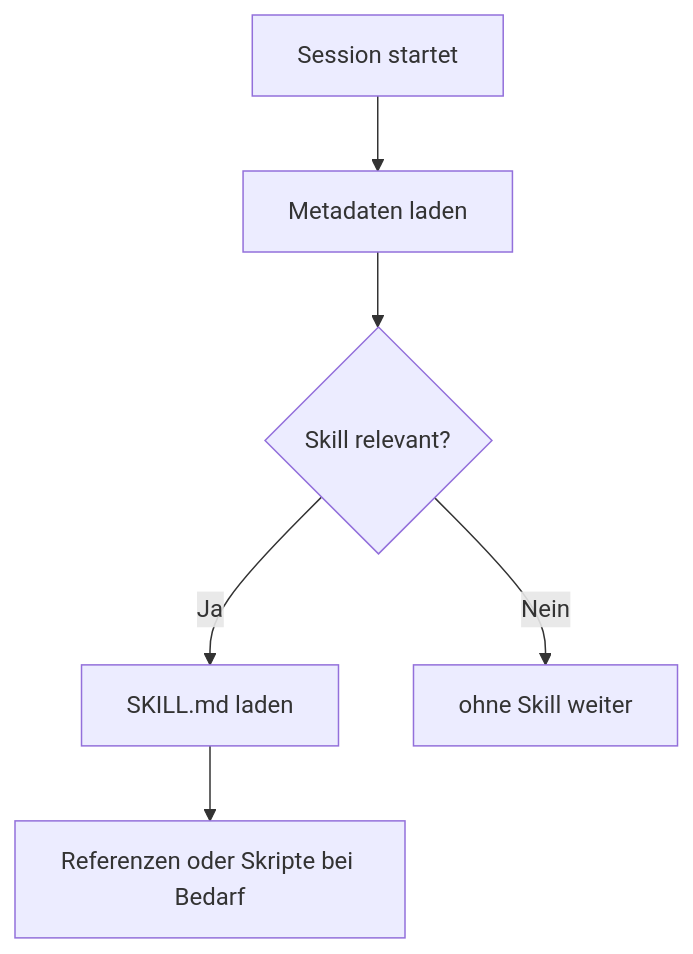
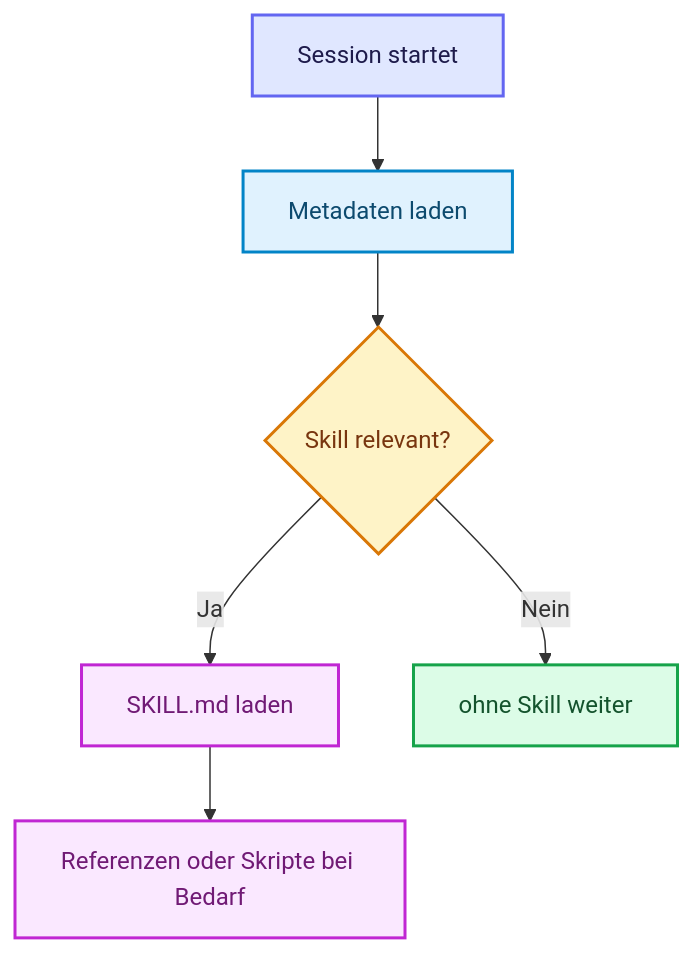
The diagram in docs/06-multi-agent-erweiterungen/skills.md (ralf-42/Agenten), drawn with Mermaid before and after one commit. The commit also changed 18 other files, not shown here.

````diff
--- a/docs/06-multi-agent-erweiterungen/skills.md
+++ b/docs/06-multi-agent-erweiterungen/skills.md
@@ -104,8 +104,19 @@
 ```mermaid
 flowchart TD
     A[Session startet] --> B[Metadaten laden]
     B --> C{Skill relevant?}
     C -->|Ja| D[SKILL.md laden]
     C -->|Nein| E[ohne Skill weiter]
     D --> F[Referenzen oder Skripte bei Bedarf]
+
+    classDef default fill:#e0f2fe,stroke:#0284c7,stroke-width:2px,color:#0c4a6e;
+    classDef input fill:#e0e7ff,stroke:#6366f1,stroke-width:2px,color:#1e1b4b;
+    classDef metric fill:#fef3c7,stroke:#d97706,stroke-width:2px,color:#78350f;
+    classDef output fill:#dcfce7,stroke:#16a34a,stroke-width:2px,color:#14532d;
+    classDef target fill:#fae8ff,stroke:#c026d3,stroke-width:2px,color:#701a75;
+
+    class A input;
+    class C metric;
+    class E output;
+    class D,F target;
 ```
````
